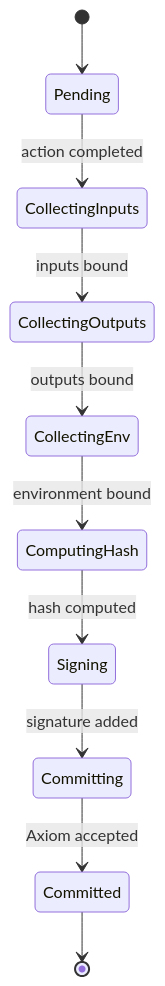
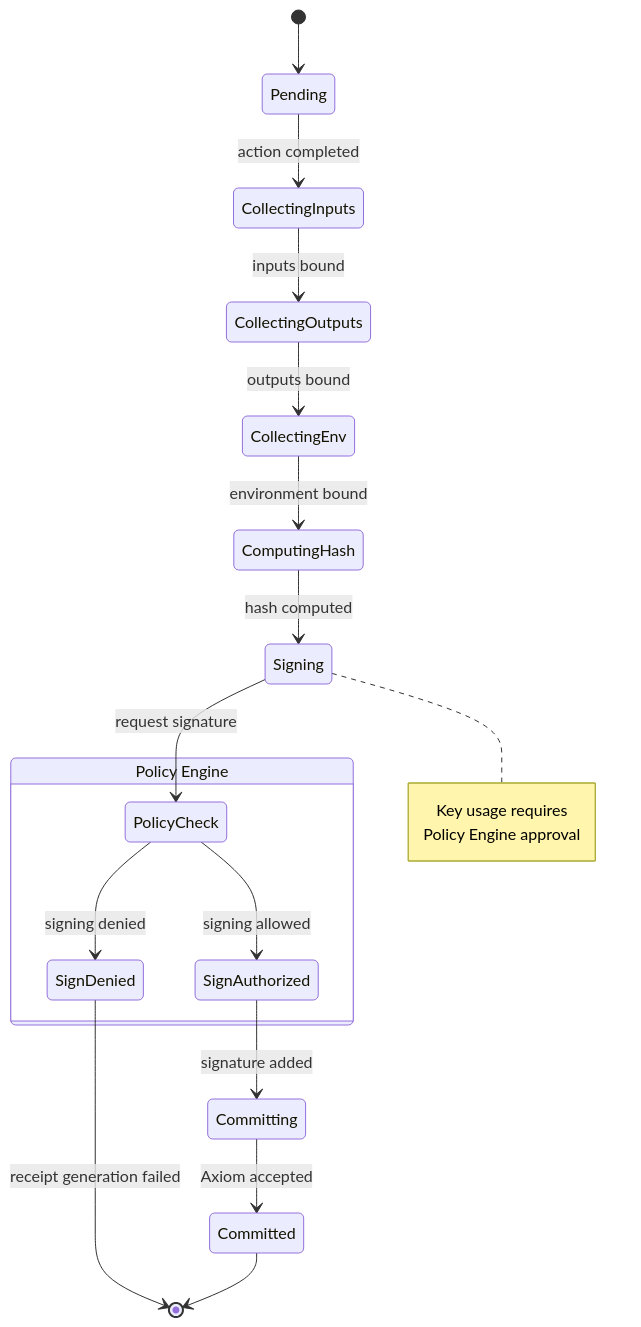
One commit to cypher-asi/zero-os changed diagram 14 of 18 in docs/diagrams/state-machines.md. Above: the diagram before and after it, drawn with Mermaid. The commit also changed other lines of this file and 24 other files, not shown here.

````diff
--- a/docs/diagrams/state-machines.md
+++ b/docs/diagrams/state-machines.md
@@ -501,20 +656,34 @@
 ```mermaid
 stateDiagram-v2
     [*] --> Pending
     
     Pending --> CollectingInputs: action completed
     
     CollectingInputs --> CollectingOutputs: inputs bound
     
     CollectingOutputs --> CollectingEnv: outputs bound
     
     CollectingEnv --> ComputingHash: environment bound
     
     ComputingHash --> Signing: hash computed
     
-    Signing --> Committing: signature added
+    Signing --> PolicyCheck: request signature
+    
+    state "Policy Engine" as pe {
+        PolicyCheck --> SignAuthorized: signing allowed
+        PolicyCheck --> SignDenied: signing denied
+    }
+    
+    SignDenied --> [*]: receipt generation failed
+    
+    SignAuthorized --> Committing: signature added
     
     Committing --> Committed: Axiom accepted
     
     Committed --> [*]
+    
+    note right of Signing
+        Key usage requires
+        Policy Engine approval
+    end note
 ```
````
